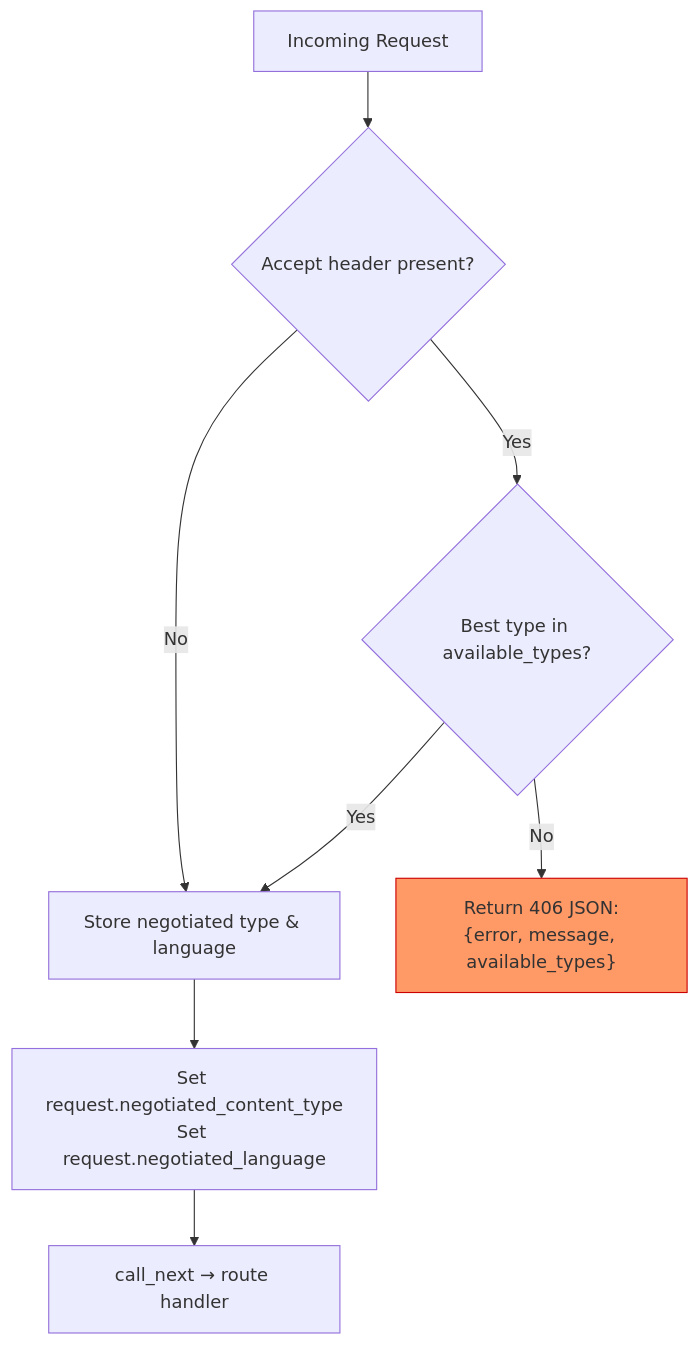
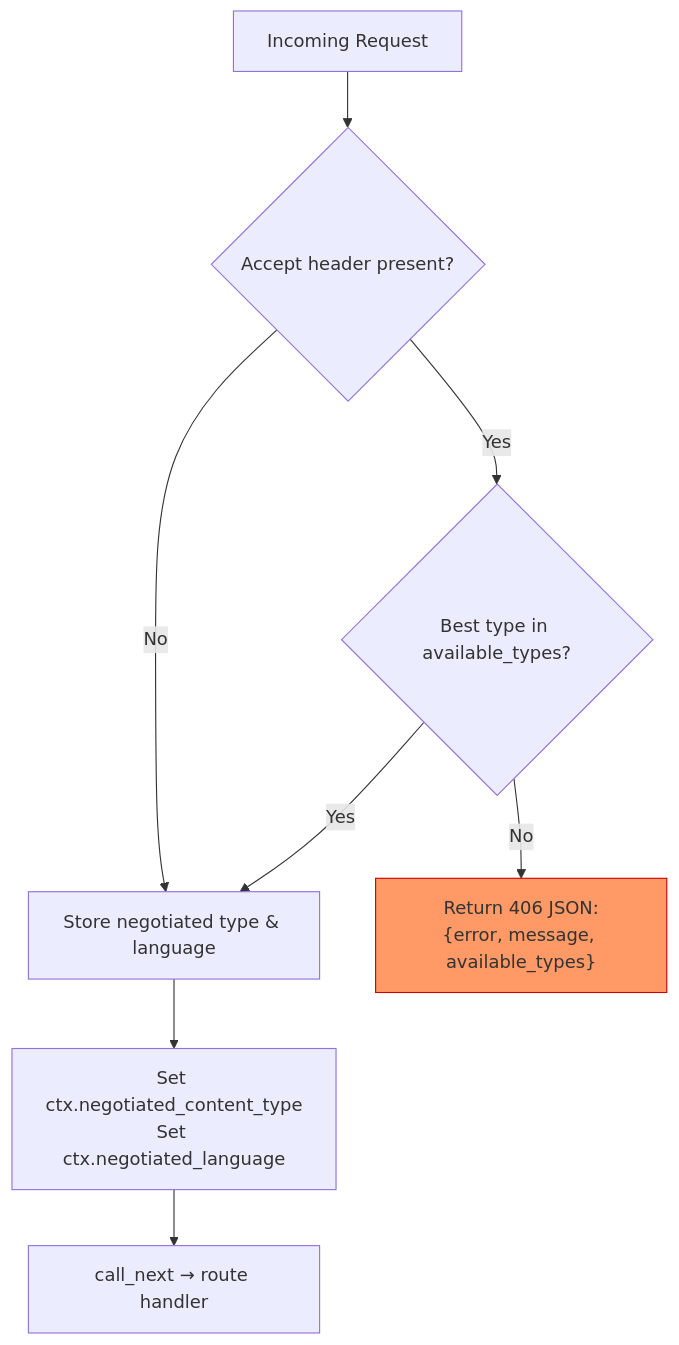
The third of 8 diagrams in docs/docs/src/content/docs/v1.0/advanced/http-correctness.md (sillohq/core), drawn with Mermaid before and after one commit. The commit also changed other lines of this file and 72 other files, not shown here.

````diff
--- a/docs/docs/src/content/docs/v1.0/advanced/http-correctness.md
+++ b/docs/docs/src/content/docs/v1.0/advanced/http-correctness.md
@@ -373,12 +373,12 @@
 ```mermaid
 flowchart TD
     A[Incoming Request] --> B{Accept header present?}
     B -- No --> E[Store negotiated type & language]
     B -- Yes --> C{Best type in available_types?}
     C -- Yes --> E
     C -- No --> D["Return 406 JSON:<br/>{error, message, available_types}"]
-    E --> F["Set request.negotiated_content_type<br/>Set request.negotiated_language"]
+    E --> F["Set ctx.negotiated_content_type<br/>Set ctx.negotiated_language"]
     F --> G[call_next → route handler]
 
     style D fill:#f96,stroke:#c00
 ```
````
